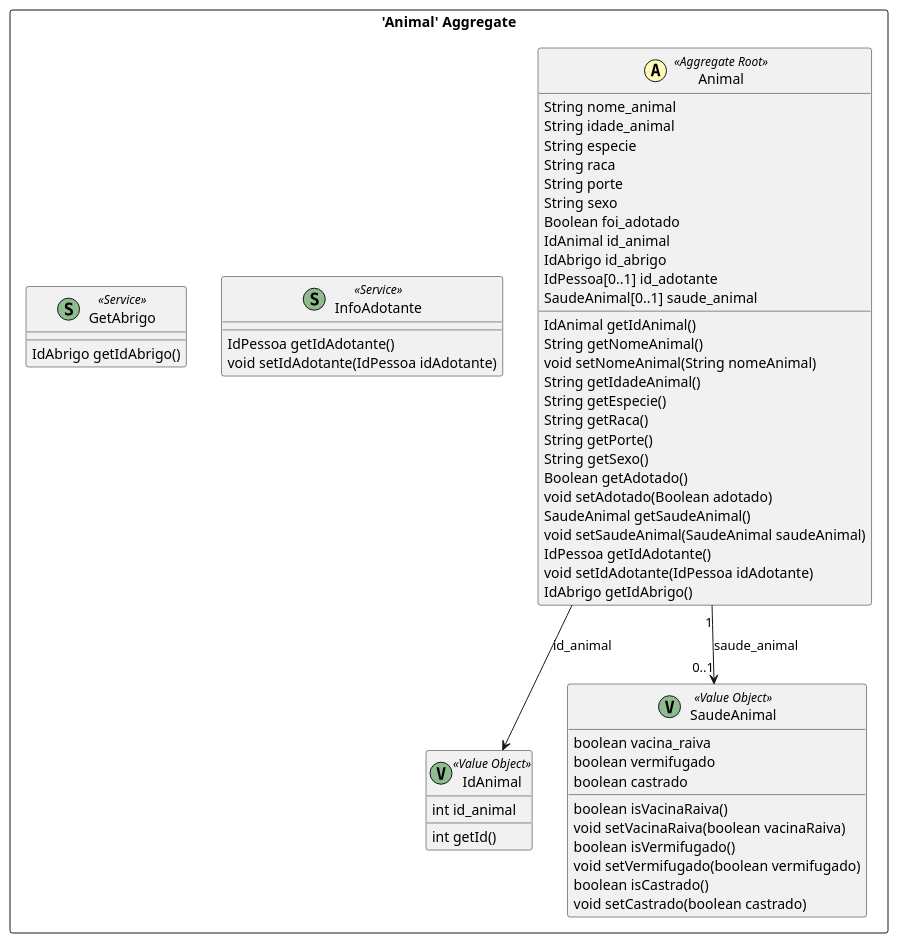
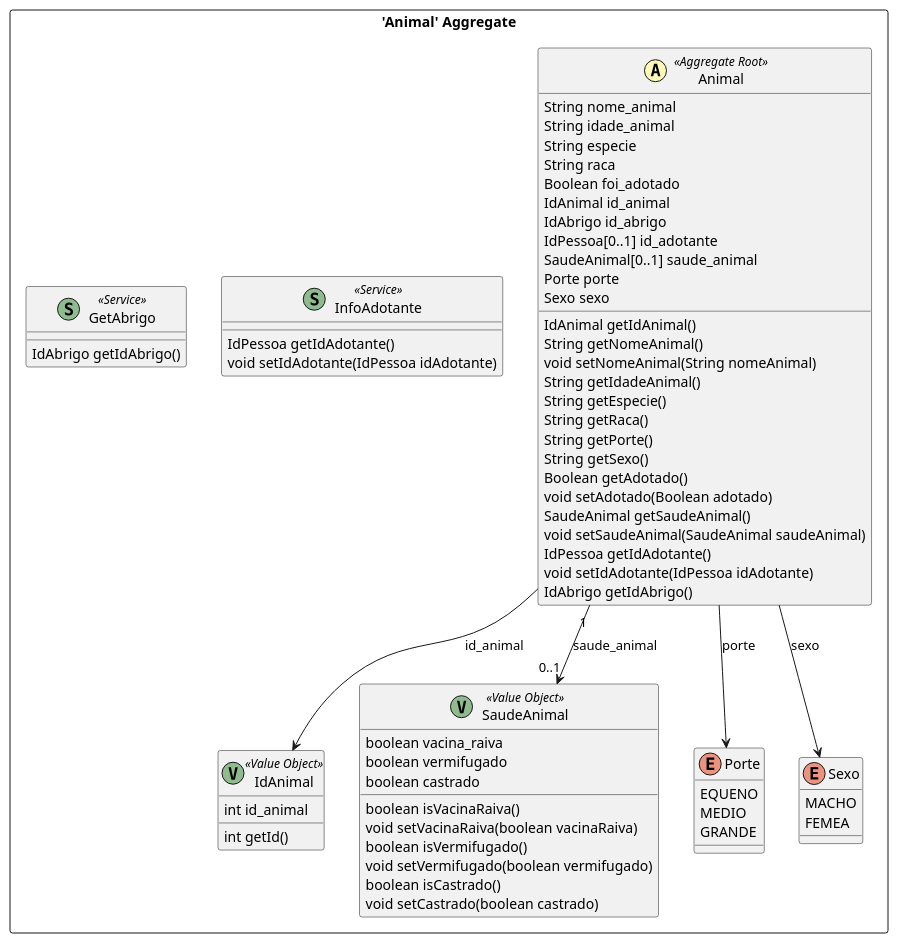
The diagram in mapaContexto/mapaContexto/src-gen/mapaContexto_BC_Adocao_Animal.puml (Gabriel-Chaves0/Projeto-Requisitos), drawn with PlantUML before and after one commit. The commit also changed 18 other files, not shown here.

Commit message:
add: UML diagramns

```diff
--- a/mapaContexto/mapaContexto/src-gen/mapaContexto_BC_Adocao_Animal.puml
+++ b/mapaContexto/mapaContexto/src-gen/mapaContexto_BC_Adocao_Animal.puml
@@ -1,61 +1,72 @@
 @startuml
 
 skinparam componentStyle uml2
 
 package "'Animal' Aggregate" <<Rectangle>> {
 	class Animal <<(A,#fffab8) Aggregate Root>> {
 		String nome_animal
 		String idade_animal
 		String especie
 		String raca
-		String porte
-		String sexo
 		Boolean foi_adotado
 		IdAnimal id_animal
 		IdAbrigo id_abrigo
 		IdPessoa[0..1] id_adotante
 		SaudeAnimal[0..1] saude_animal
+		Porte porte
+		Sexo sexo
 		IdAnimal getIdAnimal()
 		String getNomeAnimal()
 		void setNomeAnimal(String nomeAnimal)
 		String getIdadeAnimal()
 		String getEspecie()
 		String getRaca()
 		String getPorte()
 		String getSexo()
 		Boolean getAdotado()
 		void setAdotado(Boolean adotado)
 		SaudeAnimal getSaudeAnimal()
 		void setSaudeAnimal(SaudeAnimal saudeAnimal)
 		IdPessoa getIdAdotante()
 		void setIdAdotante(IdPessoa idAdotante)
 		IdAbrigo getIdAbrigo()
 	}
 	class IdAnimal <<(V,DarkSeaGreen) Value Object>> {
 		int id_animal
 		int getId()
 	}
 	class SaudeAnimal <<(V,DarkSeaGreen) Value Object>> {
 		boolean vacina_raiva
 		boolean vermifugado
 		boolean castrado
 		boolean isVacinaRaiva()
 		void setVacinaRaiva(boolean vacinaRaiva)
 		boolean isVermifugado()
 		void setVermifugado(boolean vermifugado)
 		boolean isCastrado()
 		void setCastrado(boolean castrado)
 	}
+	enum Porte {
+		EQUENO
+		MEDIO
+		GRANDE
+	}
+	enum Sexo {
+		MACHO
+		FEMEA
+	}
 	class InfoAdotante <<(S,DarkSeaGreen) Service>> {
 		IdPessoa getIdAdotante()
 		void setIdAdotante(IdPessoa idAdotante)
 	}
 	class GetAbrigo <<(S,DarkSeaGreen) Service>> {
 		IdAbrigo getIdAbrigo()
 	}
 }
 Animal "1" --> "0..1" SaudeAnimal : saude_animal
 Animal --> IdAnimal : id_animal
+Animal --> Porte : porte
+Animal --> Sexo : sexo
 
 
 @enduml
```
